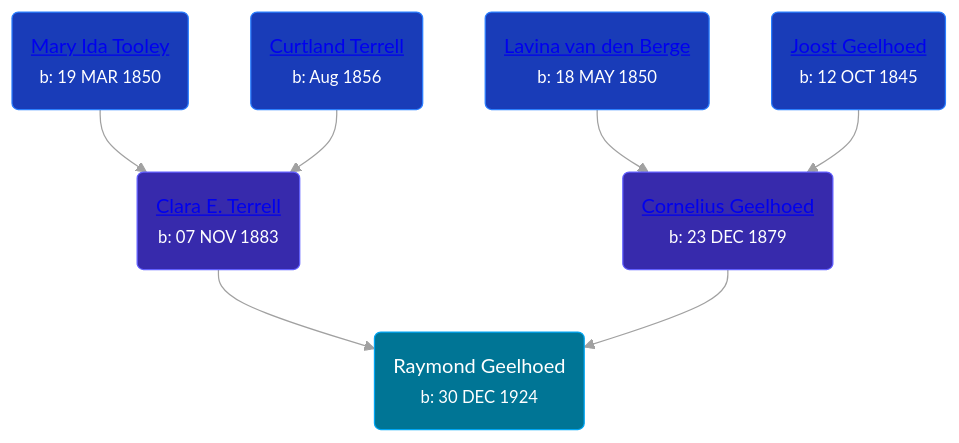
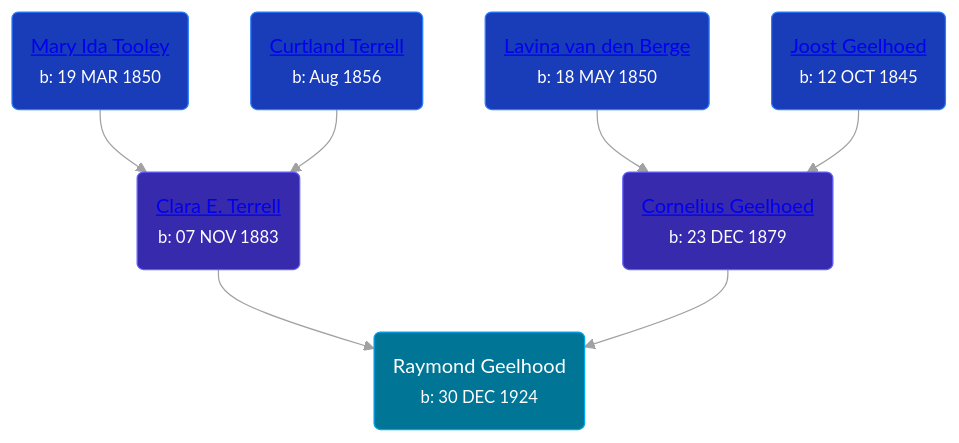
The diagram in pages/people/9/98188250.md (wpmgotkh/wpmgotkh.github.io), drawn with Mermaid before and after one commit. The commit also changed other lines of this file and 257 other files, not shown here.

````diff
--- a/pages/people/9/98188250.md
+++ b/pages/people/9/98188250.md
@@ -11,14 +11,14 @@
 ```mermaid
 graph
 classDef grands fill:#193cb8,stroke:#2b7fff,stroke-width:1px,color:#fff;
 classDef parents fill:#372aac,stroke:#615fff,stroke-width:1px,color:#fff;
 classDef primary fill:#007595,stroke:#00a6f4,stroke-width:1px,color:#fff;
-98188250(Raymond Geelhoed<br /><small>b: 30 DEC 1924</small>):::primary
+98188250(Raymond Geelhood<br /><small>b: 30 DEC 1924</small>):::primary
 62490094(<a class="text-white" href="/people/6/62490094">Clara E. Terrell</a><br /><small>b: 07 NOV 1883</small>):::parents-->98188250
 52009861(<a class="text-white" href="/people/5/52009861">Mary Ida Tooley</a><br /><small>b: 19 MAR 1850</small>):::grands-->62490094
 47972604(<a class="text-white" href="/people/4/47972604">Curtland Terrell</a><br /><small>b: Aug 1856</small>):::grands-->62490094
 92844960(<a class="text-white" href="/people/9/92844960">Cornelius Geelhoed</a><br /><small>b: 23 DEC 1879</small>):::parents-->98188250
 71558365(<a class="text-white" href="/people/7/71558365">Lavina van den Berge</a><br /><small>b: 18 MAY 1850</small>):::grands-->92844960
 73673934(<a class="text-white" href="/people/7/73673934">Joost Geelhoed</a><br /><small>b: 12 OCT 1845</small>):::grands-->92844960
 linkStyle default stroke:#a1a1a1
 ```
````
